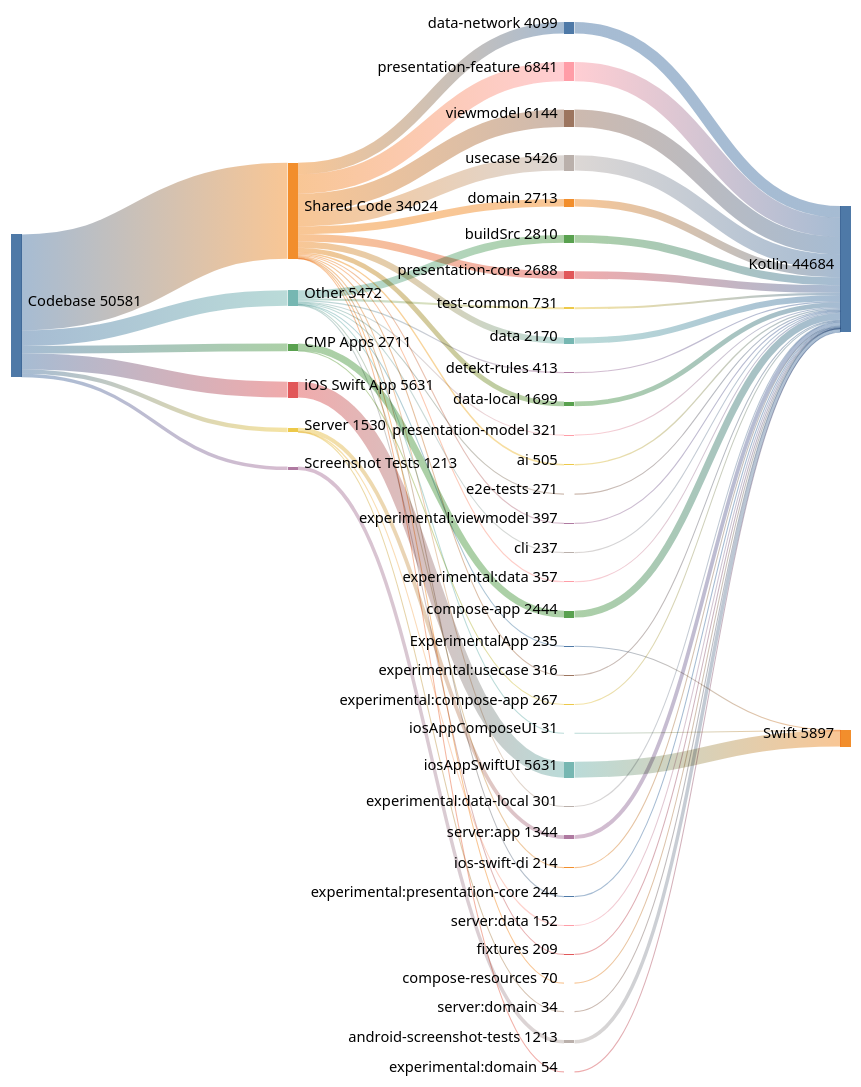
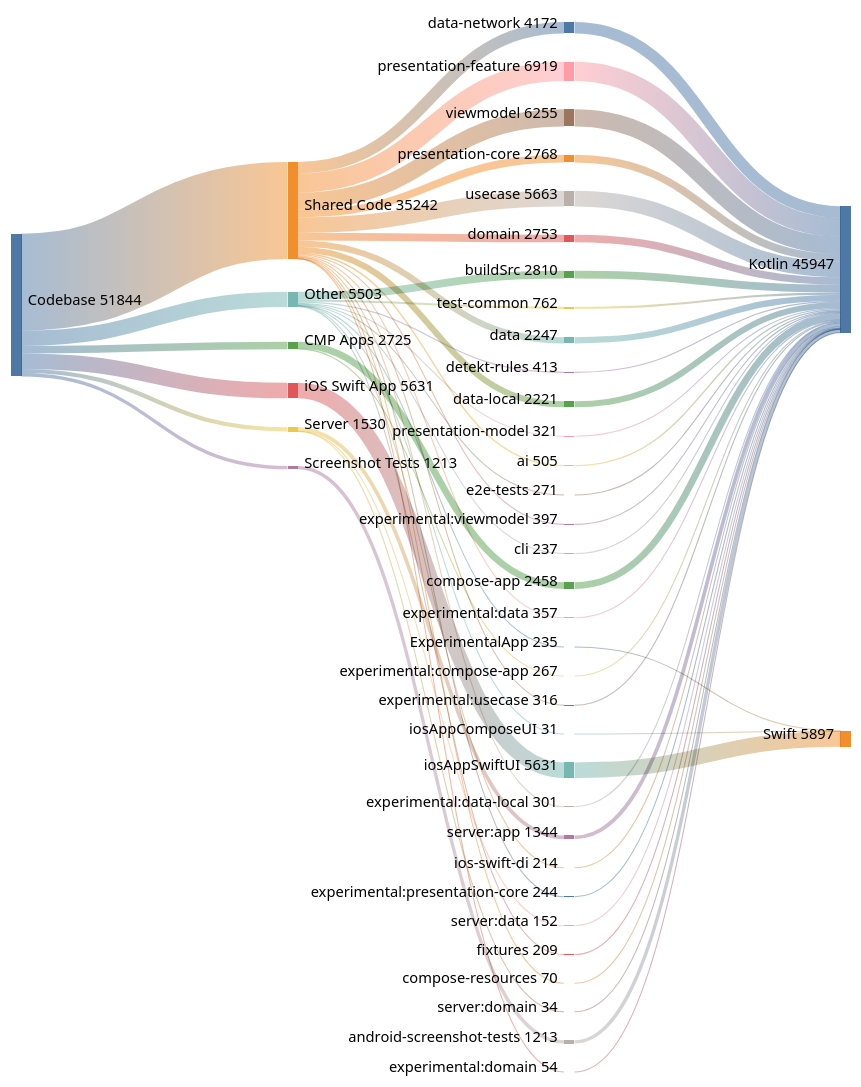
The diagram in docs/diagrams/code_distribution.mmd (cartland/battery-butler), drawn with Mermaid (neutral theme) before and after one commit. The commit also changed 2 other files, not shown here.

Commit message:
docs(generated): Regenerate architecture diagrams and analysis

```diff
--- a/docs/diagrams/code_distribution.mmd
+++ b/docs/diagrams/code_distribution.mmd
@@ -1,91 +1,91 @@
 ---
 config:
   sankey:
     showValues: true
     width: 800
     height: 1000
     nodeAlignment: justify
     linkColor: gradient
 ---
 %% GENERATED FILE - DO NOT EDIT
 sankey-beta
 
-Codebase,Shared Code,34024
+Codebase,Shared Code,35242
 Codebase,iOS Swift App,5631
-Codebase,Other,5472
-Codebase,CMP Apps,2711
+Codebase,Other,5503
+Codebase,CMP Apps,2725
 Codebase,Server,1530
 Codebase,Screenshot Tests,1213
 
-Shared Code,presentation-feature,6841
-Shared Code,viewmodel,6144
-Shared Code,usecase,5426
-Shared Code,data-network,4099
-Shared Code,domain,2713
-Shared Code,presentation-core,2688
-Shared Code,data,2170
-Shared Code,data-local,1699
+Shared Code,presentation-feature,6919
+Shared Code,viewmodel,6255
+Shared Code,usecase,5663
+Shared Code,data-network,4172
+Shared Code,presentation-core,2768
+Shared Code,domain,2753
+Shared Code,data,2247
+Shared Code,data-local,2221
 Shared Code,ai,505
 Shared Code,experimental:viewmodel,397
 Shared Code,experimental:data,357
 Shared Code,experimental:usecase,316
 Shared Code,experimental:data-local,301
 Shared Code,experimental:presentation-core,244
 Shared Code,compose-resources,70
 Shared Code,experimental:domain,54
 
 iOS Swift App,iosAppSwiftUI,5631
 
 Other,buildSrc,2810
-Other,test-common,731
+Other,test-common,762
 Other,detekt-rules,413
 Other,presentation-model,321
 Other,e2e-tests,271
 Other,cli,237
 Other,ExperimentalApp,235
 Other,ios-swift-di,214
 Other,fixtures,209
 Other,iosAppComposeUI,31
 
-CMP Apps,compose-app,2444
+CMP Apps,compose-app,2458
 CMP Apps,experimental:compose-app,267
 
 Server,server:app,1344
 Server,server:data,152
 Server,server:domain,34
 
 Screenshot Tests,android-screenshot-tests,1213
 
-presentation-feature,Kotlin,6841
-viewmodel,Kotlin,6144
+presentation-feature,Kotlin,6919
+viewmodel,Kotlin,6255
+usecase,Kotlin,5663
 iosAppSwiftUI,Swift,5631
-usecase,Kotlin,5426
-data-network,Kotlin,4099
+data-network,Kotlin,4172
 buildSrc,Kotlin,2810
-domain,Kotlin,2713
-presentation-core,Kotlin,2688
-compose-app,Kotlin,2444
-data,Kotlin,2170
-data-local,Kotlin,1699
+presentation-core,Kotlin,2768
+domain,Kotlin,2753
+compose-app,Kotlin,2458
+data,Kotlin,2247
+data-local,Kotlin,2221
 server:app,Kotlin,1344
 android-screenshot-tests,Kotlin,1213
-test-common,Kotlin,731
+test-common,Kotlin,762
 ai,Kotlin,505
 detekt-rules,Kotlin,413
 experimental:viewmodel,Kotlin,397
 experimental:data,Kotlin,357
 presentation-model,Kotlin,321
 experimental:usecase,Kotlin,316
 experimental:data-local,Kotlin,301
 e2e-tests,Kotlin,271
 experimental:compose-app,Kotlin,267
 experimental:presentation-core,Kotlin,244
 cli,Kotlin,237
 ExperimentalApp,Swift,235
 ios-swift-di,Kotlin,214
 fixtures,Kotlin,209
 server:data,Kotlin,152
 compose-resources,Kotlin,70
 experimental:domain,Kotlin,54
 server:domain,Kotlin,34
 iosAppComposeUI,Swift,31
```
